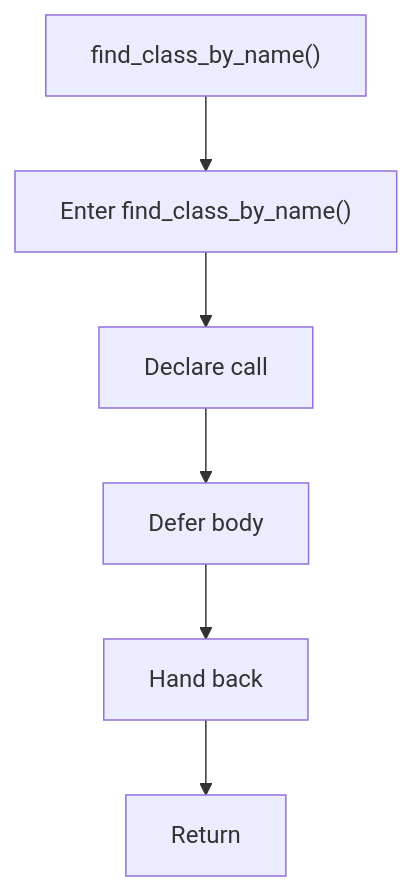
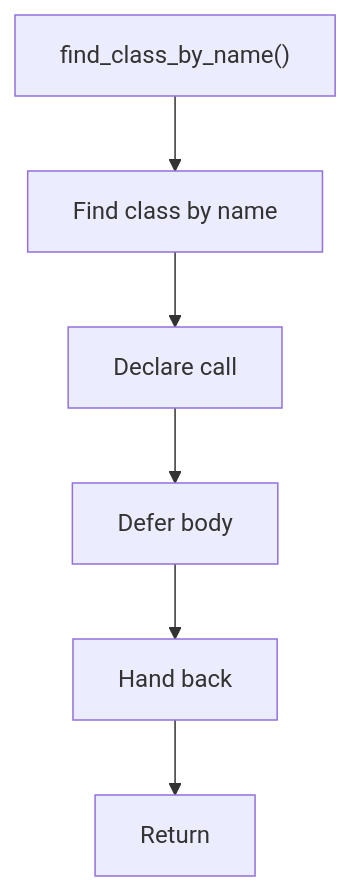
One commit to JohnAndrewBalbarosa/NeoTerritory changed the diagram in docs/Codebase/Microservice/Modules/Header/SyntacticBrokenAST/Analysis/ImplementationUse/Binding/Symbols/Flow/functions/find_class_by_name.hpp.md. Above: the diagram before and after it, drawn with Mermaid. The commit also changed other lines of this file and 925 other files, not shown here.

````diff
--- a/docs/Codebase/Microservice/Modules/Header/SyntacticBrokenAST/Analysis/ImplementationUse/Binding/Symbols/Flow/functions/find_class_by_name.hpp.md
+++ b/docs/Codebase/Microservice/Modules/Header/SyntacticBrokenAST/Analysis/ImplementationUse/Binding/Symbols/Flow/functions/find_class_by_name.hpp.md
@@ -16,14 +16,14 @@
 ```mermaid
 flowchart TD
     Start["find_class_by_name()"]
-    N0["Enter find_class_by_name()"]
+    N0["Find class by name"]
     N1["Declare call"]
     N2["Defer body"]
     N3["Hand back"]
     End["Return"]
     Start --> N0
     N0 --> N1
     N1 --> N2
     N2 --> N3
     N3 --> End
 ```
````
